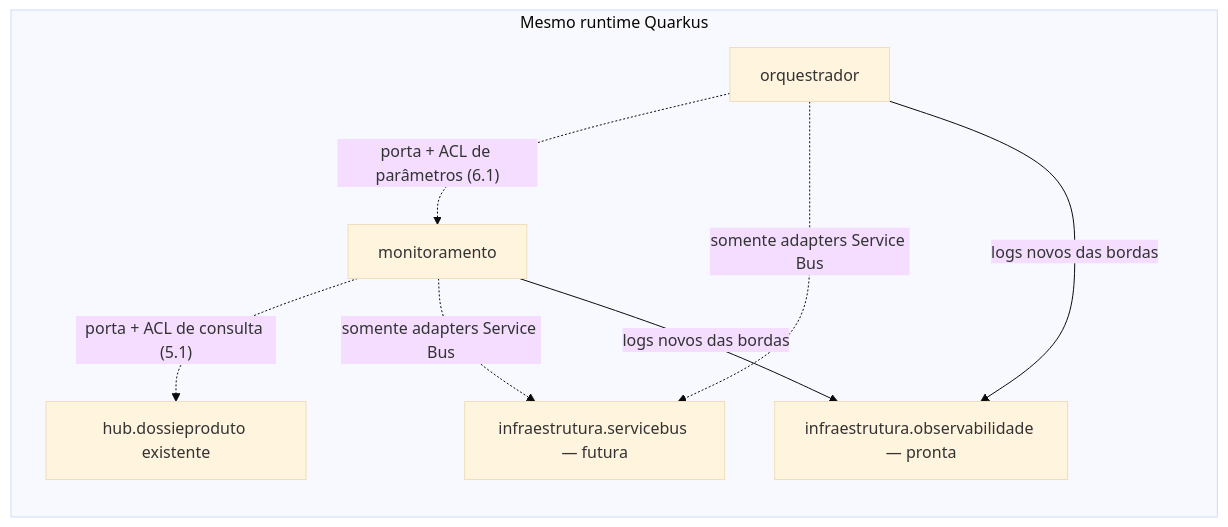
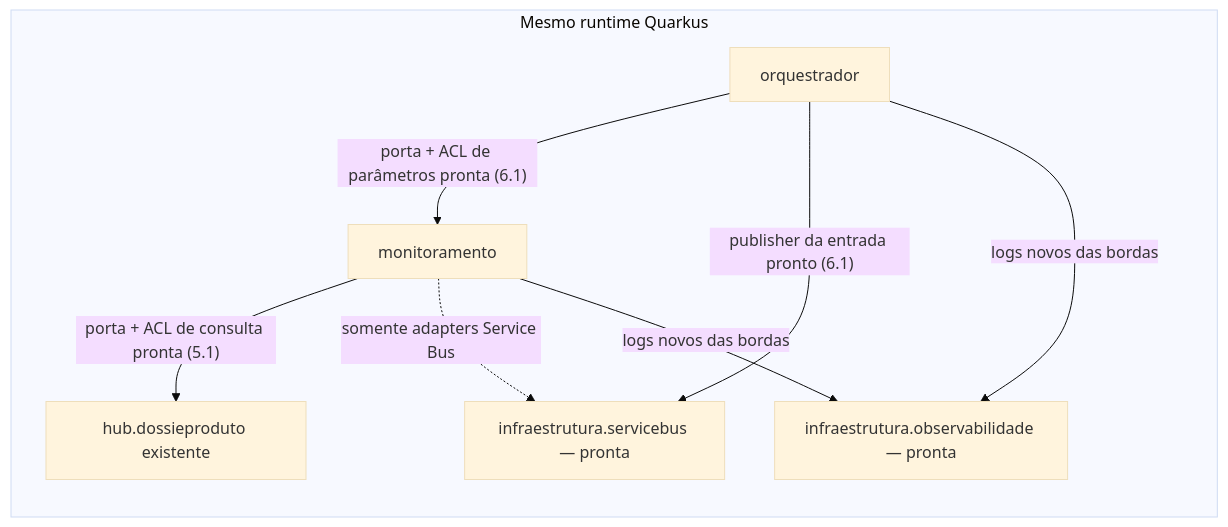
One commit to edoardo-bianco/arvore-documento-quarkus-proxy-ft-simulador-otel changed the first of 2 diagrams in doc/guias/guia-service-bus-amqp-dossie.md. Above: the diagram before and after it, drawn with Mermaid (base theme). The commit also changed other lines of this file and 59 other files, not shown here.

````diff
--- a/doc/guias/guia-service-bus-amqp-dossie.md
+++ b/doc/guias/guia-service-bus-amqp-dossie.md
@@ -76,16 +87,16 @@
 ```mermaid
 flowchart LR
     subgraph APP["Mesmo runtime Quarkus"]
         ORQ["orquestrador"]
         MON["monitoramento"]
         HUB["hub.dossieproduto existente"]
-        SB["infraestrutura.servicebus — futura"]
+        SB["infraestrutura.servicebus — pronta"]
         OBS["infraestrutura.observabilidade — pronta"]
-        ORQ -. "porta + ACL de parâmetros (6.1)" .-> MON
-        MON -. "porta + ACL de consulta (5.1)" .-> HUB
-        ORQ -. "somente adapters Service Bus" .-> SB
+        ORQ -->|"porta + ACL de parâmetros pronta (6.1)"| MON
+        MON -->|"porta + ACL de consulta pronta (5.1)"| HUB
+        ORQ -->|"publisher da entrada pronto (6.1)"| SB
         MON -. "somente adapters Service Bus" .-> SB
         ORQ -->|"logs novos das bordas"| OBS
         MON -->|"logs novos das bordas"| OBS
     end
 ```
````
